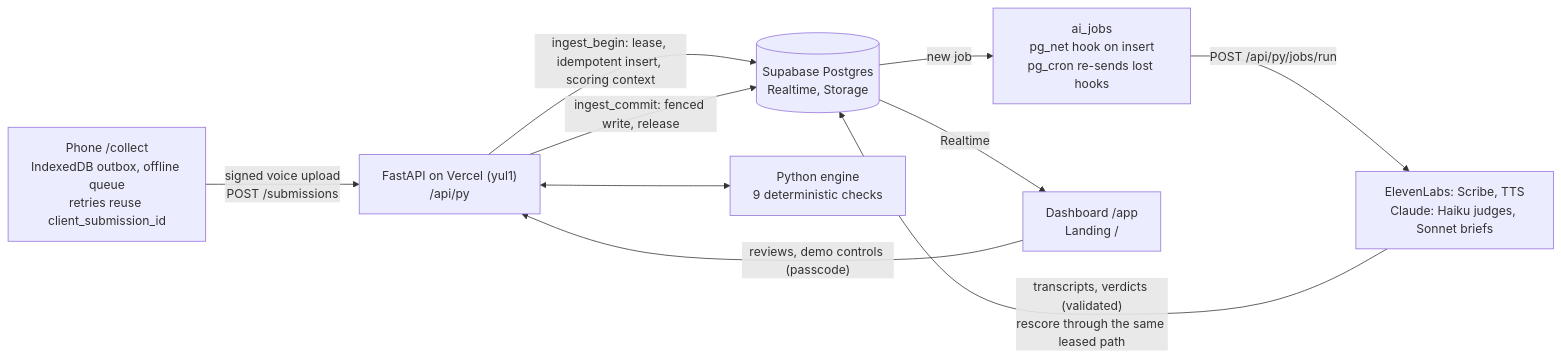
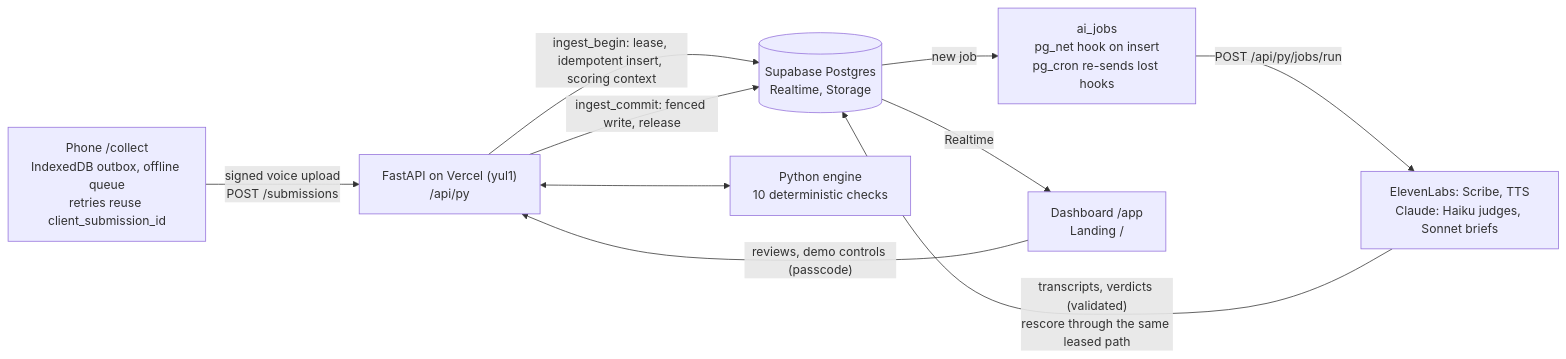
Before and after one commit to Tahussles/field-qa-copilot: the diagram in README.md, drawn with Mermaid. The commit also changed other lines of this file and 4 other files, not shown here.

````diff
--- a/README.md
+++ b/README.md
@@ -19,20 +19,20 @@
 ```mermaid
 flowchart LR
   phone["Phone /collect<br/>IndexedDB outbox, offline queue<br/>retries reuse client_submission_id"]
   api["FastAPI on Vercel (yul1)<br/>/api/py"]
   db[("Supabase Postgres<br/>Realtime, Storage")]
-  engine["Python engine<br/>9 deterministic checks"]
+  engine["Python engine<br/>10 deterministic checks"]
   jobs["ai_jobs<br/>pg_net hook on insert<br/>pg_cron re-sends lost hooks"]
   models["ElevenLabs: Scribe, TTS<br/>Claude: Haiku judges, Sonnet briefs"]
   ui["Dashboard /app<br/>Landing /"]
 
   phone -- "signed voice upload<br/>POST /submissions" --> api
   api -- "ingest_begin: lease, idempotent insert, scoring context" --> db
   api <--> engine
   api -- "ingest_commit: fenced write, release" --> db
   db -- "new job" --> jobs
   jobs -- "POST /api/py/jobs/run" --> models
   models -- "transcripts, verdicts (validated)<br/>rescore through the same leased path" --> db
   db -- "Realtime" --> ui
   ui -- "reviews, demo controls (passcode)" --> api
 ```
````
